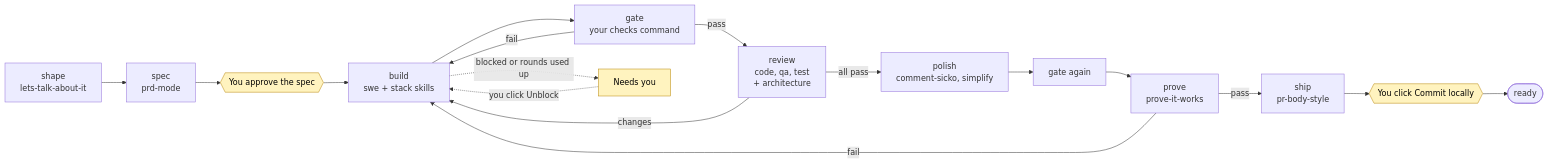
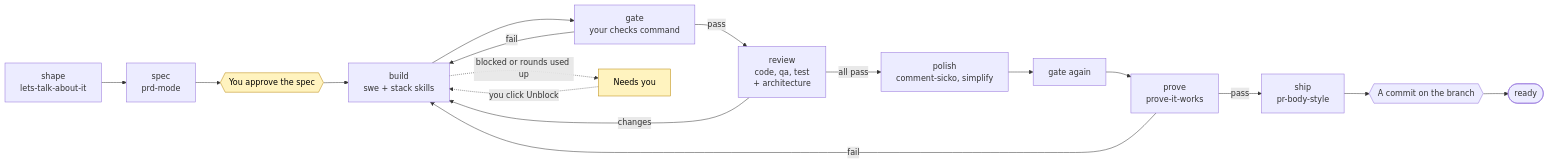
One commit to ChristopherAlphonse/calphonse-skills changed the second of 3 diagrams in README.md. Above: the diagram before and after it, drawn with Mermaid. The commit also changed other lines of this file and 19 other files, not shown here.

````diff
--- a/README.md
+++ b/README.md
@@ -93,22 +93,22 @@
 ```mermaid
 flowchart LR
     shape["shape<br/>lets-talk-about-it"] --> spec["spec<br/>prd-mode"]
     spec --> approve{{"You approve the spec"}}
     approve --> build["build<br/>swe + stack skills"]
     build --> gate1["gate<br/>your checks command"]
     gate1 -->|"fail"| build
     gate1-->|"pass"| review["review<br/>code, qa, test<br/>+ architecture"]
     review -->|"changes"| build
     review -->|"all pass"| polish["polish<br/>comment-sicko, simplify"]
     polish --> gate2["gate again"]
     gate2 --> prove["prove<br/>prove-it-works"]
     prove -->|"fail"| build
     prove -->|"pass"| ship["ship<br/>pr-body-style"]
-    ship --> commit{{"You click Commit locally"}}
+    ship --> commit{{"A commit on the branch"}}
     commit --> ready(["ready"])
     build -.->|"blocked or rounds used up"| human["Needs you"]
     human -.->|"you click Unblock"| build
 
     classDef you fill:#fff3bf,stroke:#b8860b,color:#000
-    class approve,commit,human you
+    class approve,human you
 ```
````
